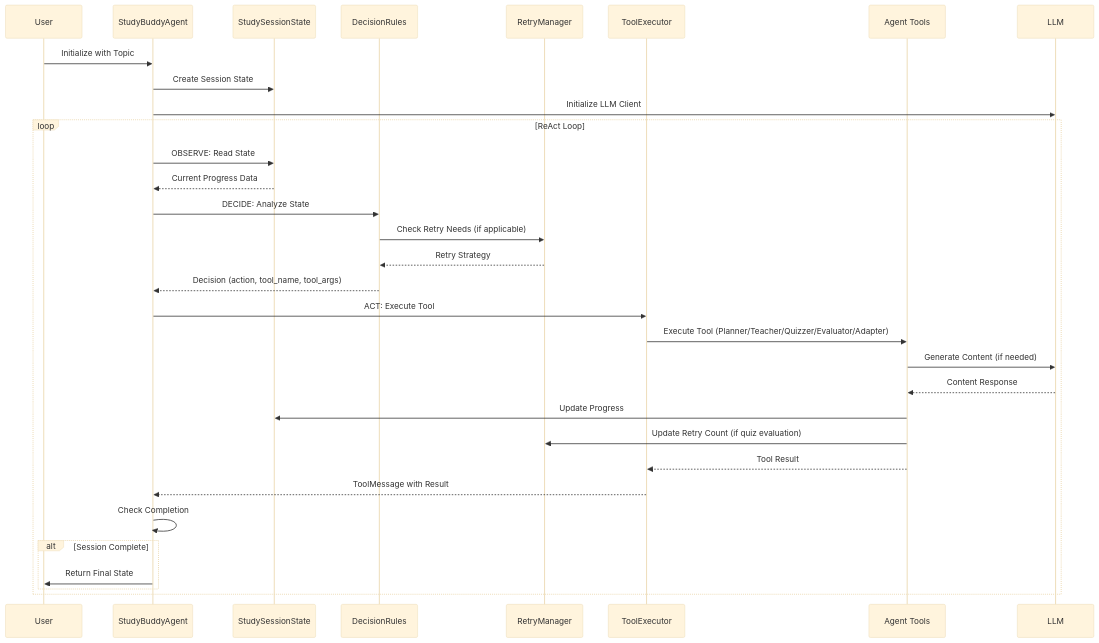
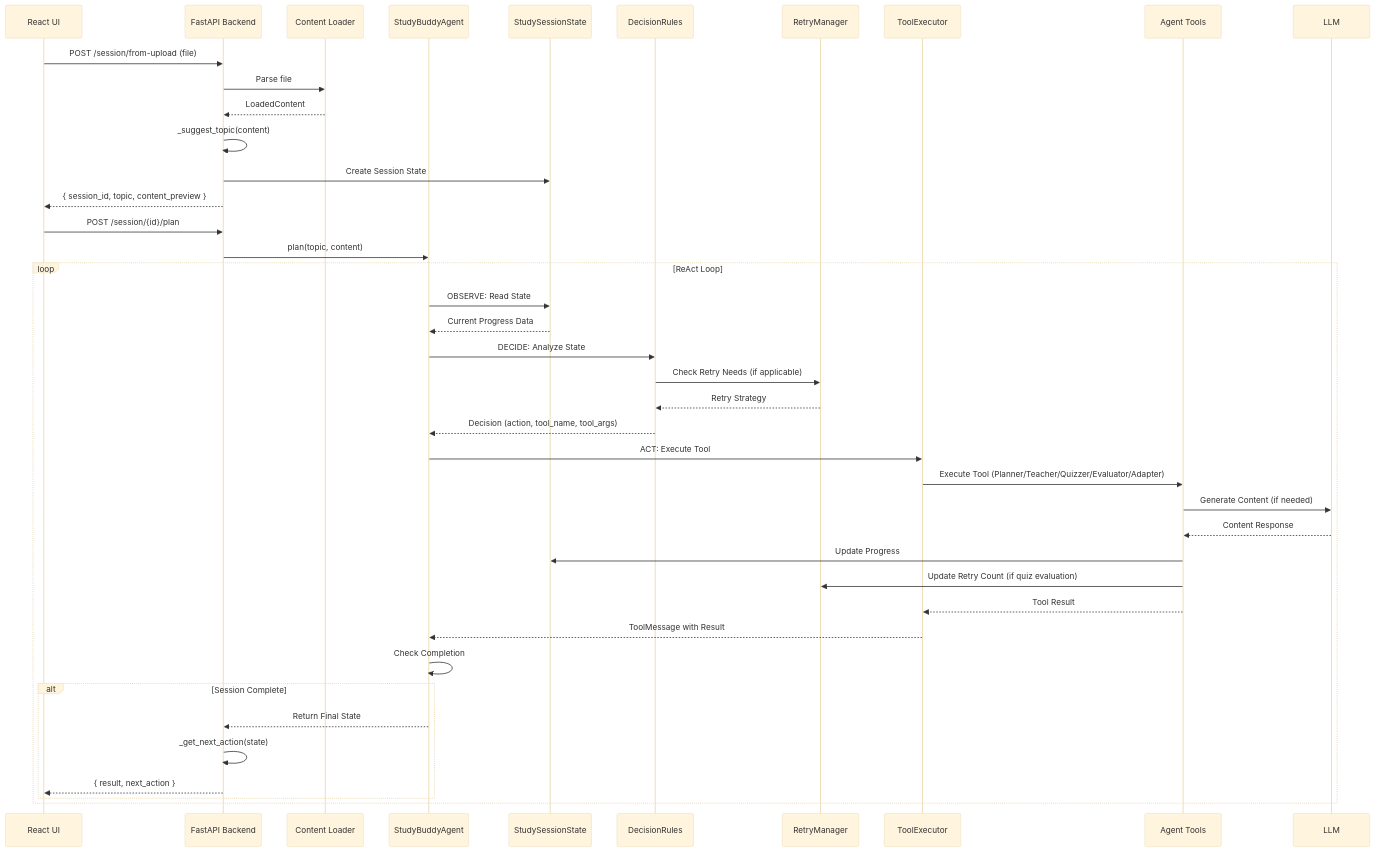
The fifth of 6 diagrams in ARCHITECTURE.md (ebinzacharias/ez-agentic-study-buddy), drawn with Mermaid (base theme) before and after one commit. The commit also changed other lines of this file and 3 other files, not shown here.

````diff
--- a/ARCHITECTURE.md
+++ b/ARCHITECTURE.md
@@ -355,40 +408,50 @@
 ```mermaid
 sequenceDiagram
-    participant User
+    participant Browser as React UI
+    participant API as FastAPI Backend
+    participant CL as Content Loader
     participant Agent as StudyBuddyAgent
     participant State as StudySessionState
     participant DecisionRules
     participant RetryManager
     participant ToolExec as ToolExecutor
     participant Tools as Agent Tools
     participant LLM
-    
-    User->>Agent: Initialize with Topic
-    Agent->>State: Create Session State
-    Agent->>LLM: Initialize LLM Client
+
+    Browser->>API: POST /session/from-upload (file)
+    API->>CL: Parse file
+    CL-->>API: LoadedContent
+    API->>API: _suggest_topic(content)
+    API->>State: Create Session State
+    API-->>Browser: { session_id, topic, content_preview }
+
+    Browser->>API: POST /session/{id}/plan
+    API->>Agent: plan(topic, content)
     
     loop ReAct Loop
         Agent->>State: OBSERVE: Read State
         State-->>Agent: Current Progress Data
         
         Agent->>DecisionRules: DECIDE: Analyze State
         DecisionRules->>RetryManager: Check Retry Needs (if applicable)
         RetryManager-->>DecisionRules: Retry Strategy
         DecisionRules-->>Agent: Decision (action, tool_name, tool_args)
         
         Agent->>ToolExec: ACT: Execute Tool
         ToolExec->>Tools: Execute Tool (Planner/Teacher/Quizzer/Evaluator/Adapter)
         Tools->>LLM: Generate Content (if needed)
         LLM-->>Tools: Content Response
         Tools->>State: Update Progress
         Tools->>RetryManager: Update Retry Count (if quiz evaluation)
         Tools-->>ToolExec: Tool Result
         ToolExec-->>Agent: ToolMessage with Result
         
         Agent->>Agent: Check Completion
         
         alt Session Complete
-            Agent->>User: Return Final State
+            Agent-->>API: Return Final State
+            API->>API: _get_next_action(state)
+            API-->>Browser: { result, next_action }
         end
     end
 ```
````
